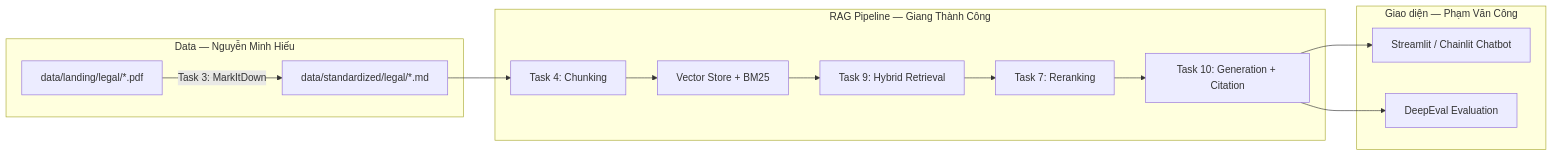
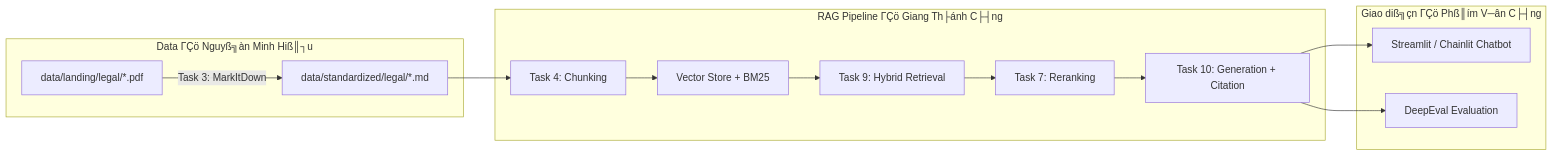
Before and after one commit to thanhcong883/GroupRAGPipline: the diagram in Group/group_project/README.md, drawn with Mermaid. The commit also changed other lines of this file and 3 other files, not shown here.

````diff
--- a/Group/group_project/README.md
+++ b/Group/group_project/README.md
@@ -42,24 +42,24 @@
 ```mermaid
 flowchart LR
-    subgraph Data["Data — Nguyễn Minh Hiếu"]
+    subgraph Data["Data ΓÇö Nguyß╗àn Minh Hiß║┐u"]
         PDF["data/landing/legal/*.pdf"]
         MD["data/standardized/legal/*.md"]
         PDF -->|"Task 3: MarkItDown"| MD
     end
 
-    subgraph Pipeline["RAG Pipeline — Giang Thành Công"]
+    subgraph Pipeline["RAG Pipeline ΓÇö Giang Th├ánh C├┤ng"]
         Chunk["Task 4: Chunking"]
         Index["Vector Store + BM25"]
         Retrieve["Task 9: Hybrid Retrieval"]
         Rerank["Task 7: Reranking"]
         Generate["Task 10: Generation + Citation"]
         MD --> Chunk --> Index --> Retrieve --> Rerank --> Generate
     end
 
-    subgraph App["Giao diện — Phạm Văn Công"]
+    subgraph App["Giao diß╗çn ΓÇö Phß║ím V─ân C├┤ng"]
         UI["Streamlit / Chainlit Chatbot"]
         Eval["DeepEval Evaluation"]
         Generate --> UI
         Generate --> Eval
     end
 ```
````
